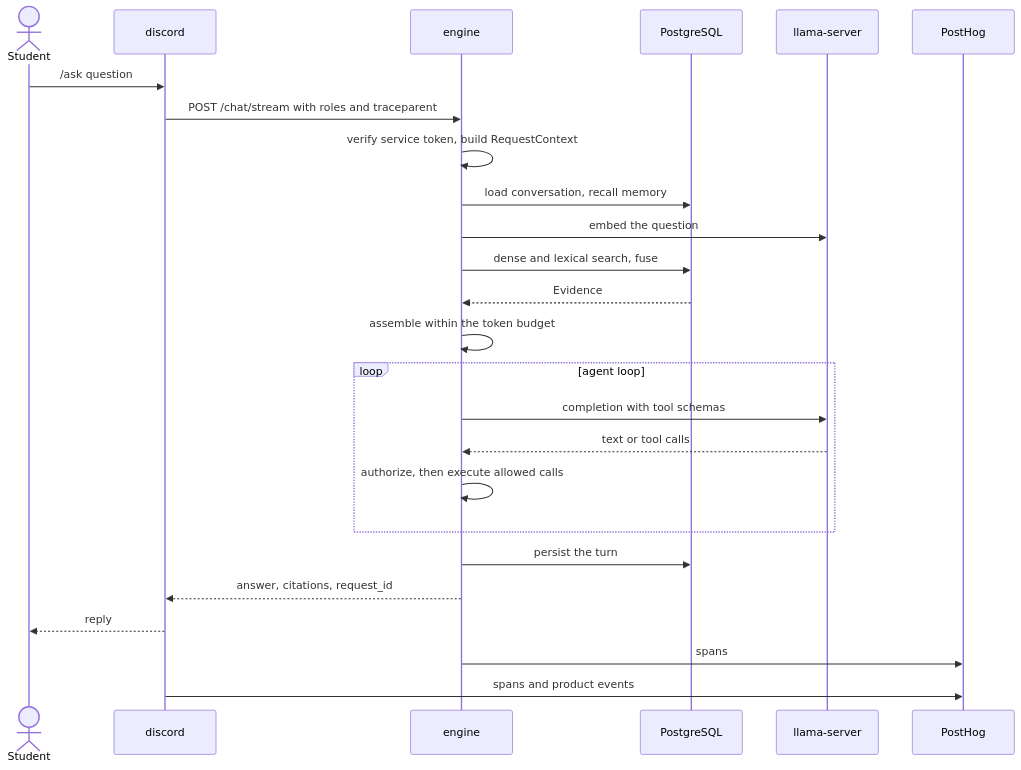
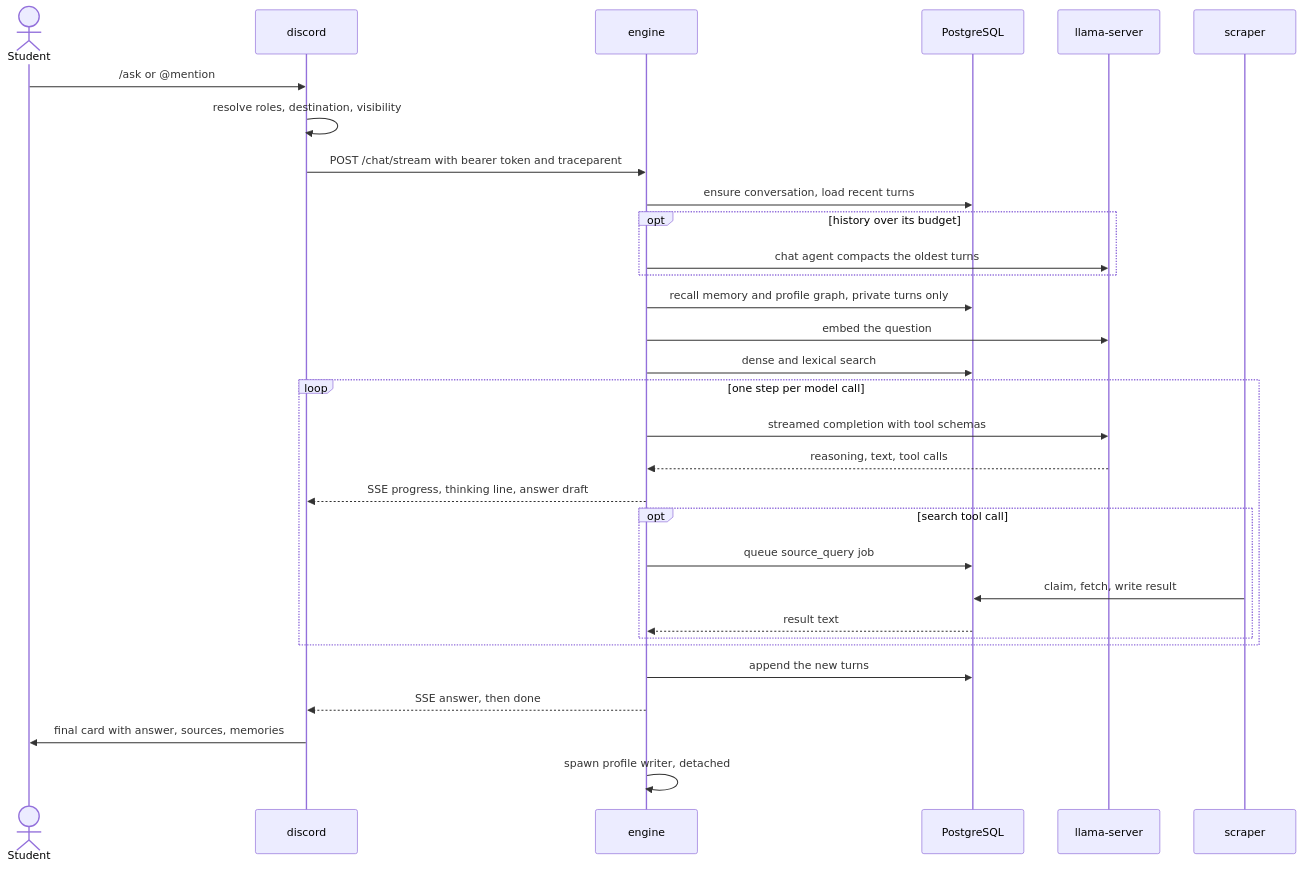
The third of 10 diagrams in docs/ARCHITECTURE.md (ashworks1706/SparkyAI), drawn with Mermaid before and after one commit. The commit also changed other lines of this file and 180 other files, not shown here.

````diff
--- a/docs/ARCHITECTURE.md
+++ b/docs/ARCHITECTURE.md
@@ -231,28 +266,34 @@
 ```mermaid
 sequenceDiagram
     actor U as Student
     participant B as discord
     participant E as engine
     participant PG as PostgreSQL
     participant M as llama-server
-    participant PX as PostHog
+    participant S as scraper
 
-    U->>B: /ask question
-    B->>E: POST /chat/stream with roles and traceparent
-    E->>E: verify service token, build RequestContext
-    E->>PG: load conversation, recall memory
+    U->>B: /ask or @mention
+    B->>B: resolve roles, destination, visibility
+    B->>E: POST /chat/stream with bearer token and traceparent
+    E->>PG: ensure conversation, load recent turns
+    opt history over its budget
+        E->>M: chat agent compacts the oldest turns
+    end
+    E->>PG: recall memory and profile graph, private turns only
     E->>M: embed the question
-    E->>PG: dense and lexical search, fuse
-    PG-->>E: Evidence
-    E->>E: assemble within the token budget
-    loop agent loop
-        E->>M: completion with tool schemas
-        M-->>E: text or tool calls
-        E->>E: authorize, then execute allowed calls
+    E->>PG: dense and lexical search
+    loop one step per model call
+        E->>M: streamed completion with tool schemas
+        M-->>E: reasoning, text, tool calls
+        E-->>B: SSE progress, thinking line, answer draft
+        opt search tool call
+            E->>PG: queue source_query job
+            S->>PG: claim, fetch, write result
+            PG-->>E: result text
+        end
     end
-    E->>PG: persist the turn
-    E-->>B: answer, citations, request_id
-    B-->>U: reply
-    E->>PX: spans
-    B->>PX: spans and product events
+    E->>PG: append the new turns
+    E-->>B: SSE answer, then done
+    B->>U: final card with answer, sources, memories
+    E->>E: spawn profile writer, detached
 ```
````
